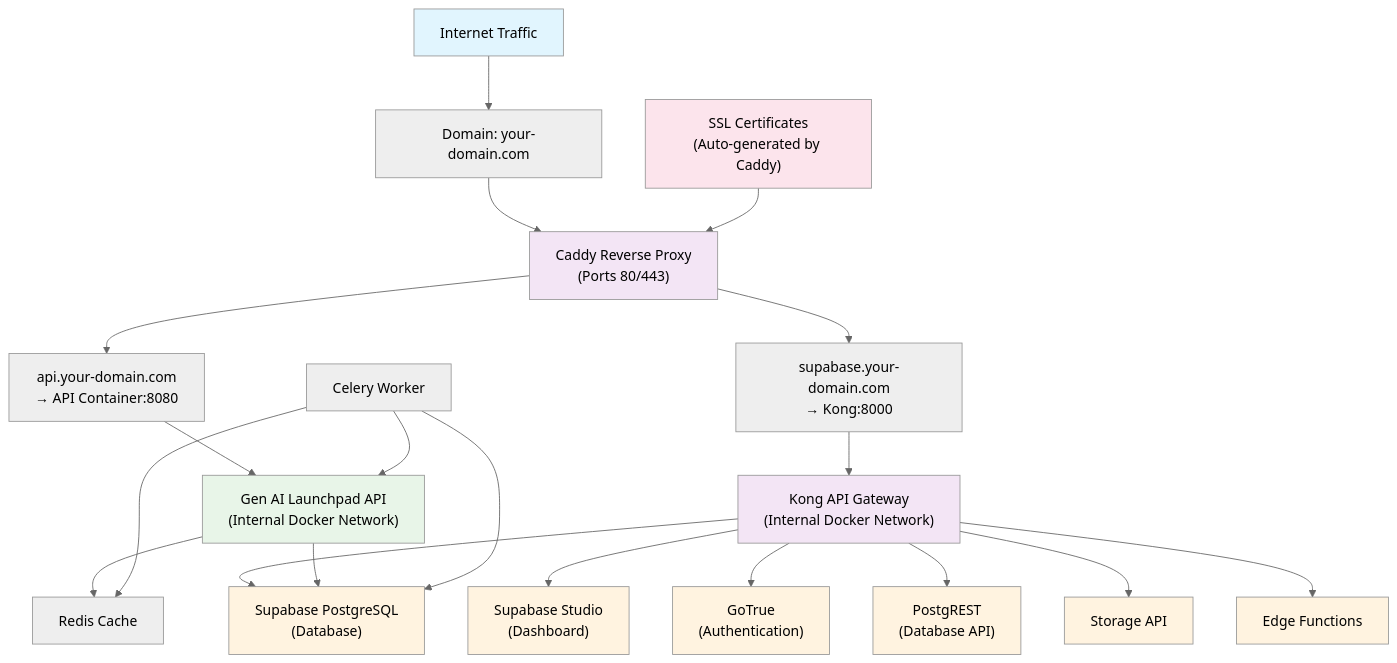
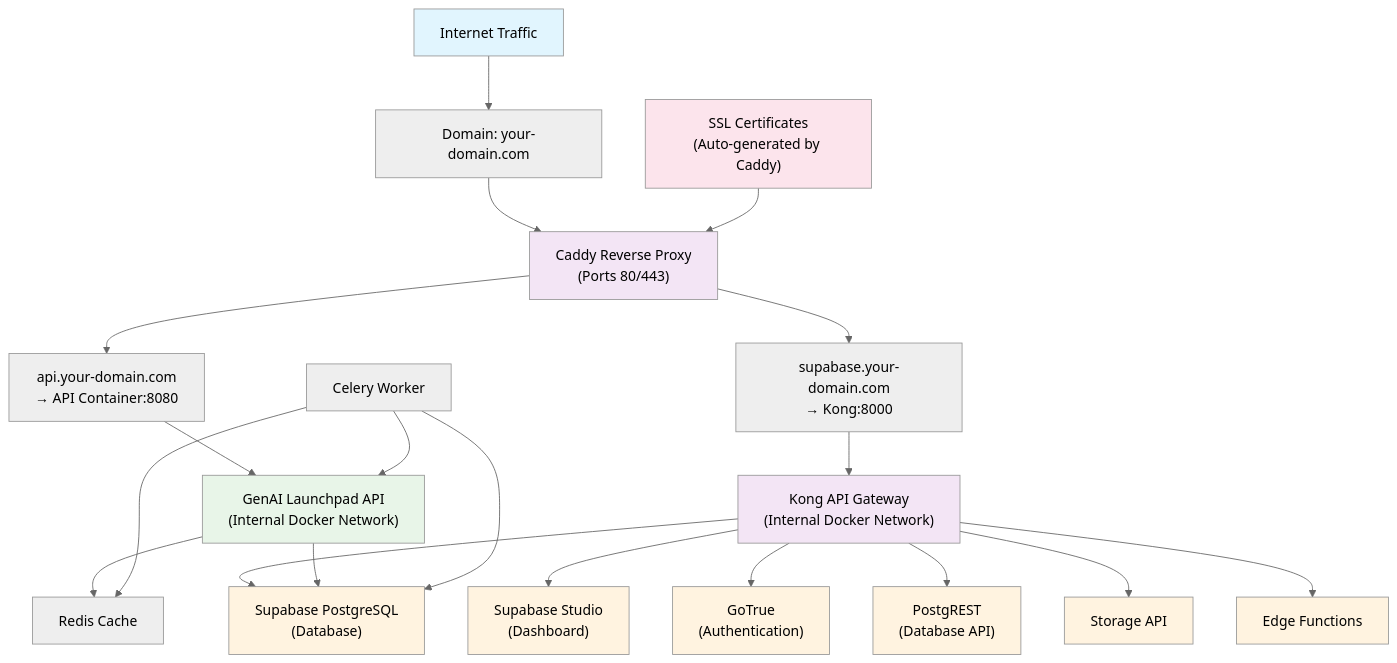
The diagram in week-6/caddy/README.md (baronsengir007/Ai-Assistent-Nylas), drawn with Mermaid before and after one commit. The commit also changed other lines of this file, not shown here.

````diff
--- a/week-6/caddy/README.md
+++ b/week-6/caddy/README.md
@@ -25,43 +27,43 @@
 ```mermaid
 ---
 config:
   theme: neutral
   look: classic
 ---
 graph TB
     A["Internet Traffic"] --> B["Domain: your-domain.com"]
     B --> C["Caddy Reverse Proxy<br/>(Ports 80/443)"]
     
     C --> D["api.your-domain.com<br/>→ API Container:8080"]
     C --> E["supabase.your-domain.com<br/>→ Kong:8000"]
     
-    D --> F["Gen AI Launchpad API<br/>(Internal Docker Network)"]
+    D --> F["GenAI Launchpad API<br/>(Internal Docker Network)"]
     E --> G["Kong API Gateway<br/>(Internal Docker Network)"]
     
     G --> H["Supabase Studio<br/>(Dashboard)"]
     G --> I["GoTrue<br/>(Authentication)"]
     G --> J["PostgREST<br/>(Database API)"]
     G --> K["Storage API"]
     G --> L["Edge Functions"]
     G --> M["Supabase PostgreSQL<br/>(Database)"]
     
     F --> N["Redis Cache"]
     F --> M
     O["Celery Worker"] --> F
     O --> M
     O --> N
     
     P["SSL Certificates<br/>(Auto-generated by Caddy)"] --> C
     
     style A fill:#e1f5fe
     style C fill:#f3e5f5
     style F fill:#e8f5e8
     style G fill:#f3e5f5
     style H fill:#fff3e0
     style I fill:#fff3e0
     style J fill:#fff3e0
     style K fill:#fff3e0
     style L fill:#fff3e0
     style M fill:#fff3e0
     style P fill:#fce4ec
 ```
````
